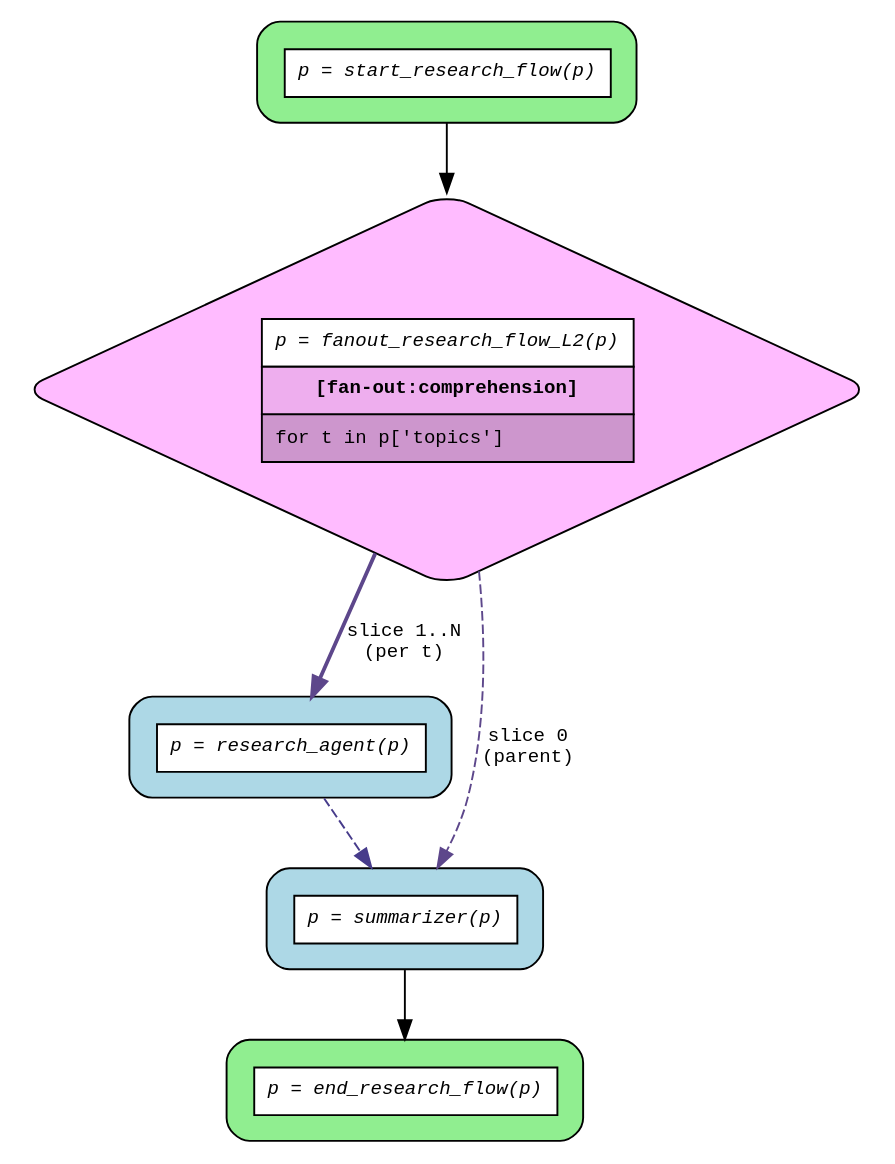
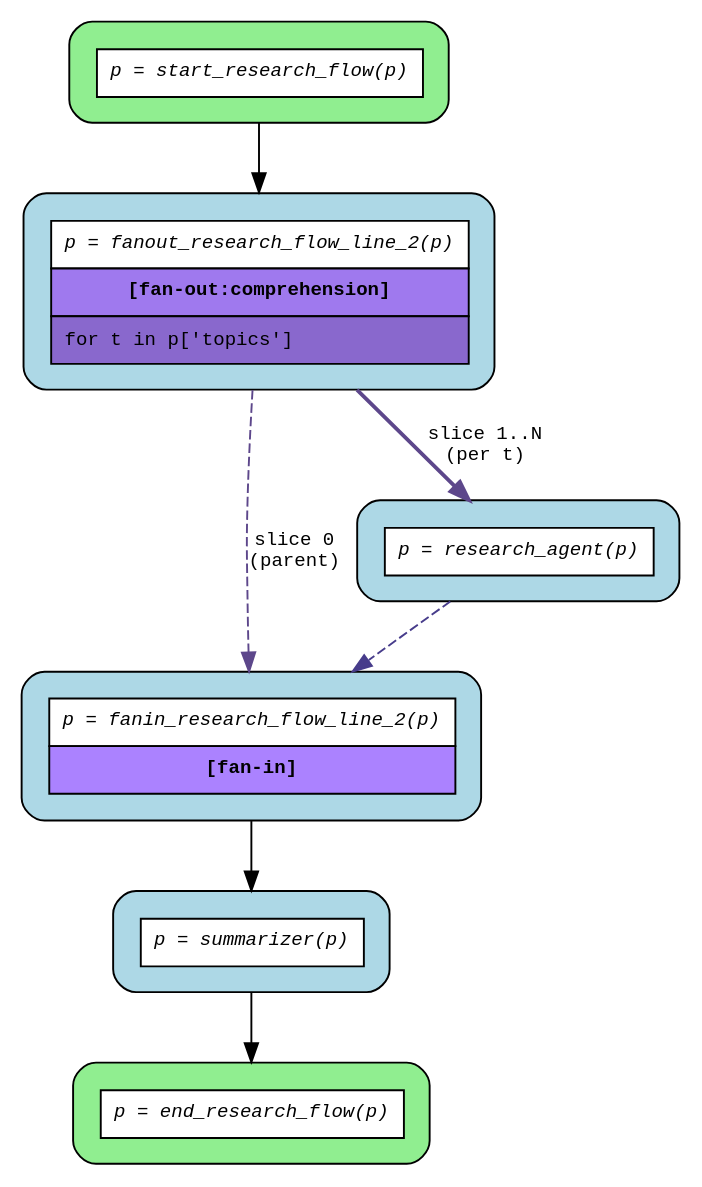
Before and after one commit to mrhillsman-enterprise-ai/asya: the diagram in src/asya-testing/asya_testing/flows/research_flow/compiled/flow.dot, drawn with Graphviz. The commit also changed 82 other files, not shown here.

```diff
--- a/src/asya-testing/asya_testing/flows/research_flow/compiled/flow.dot
+++ b/src/asya-testing/asya_testing/flows/research_flow/compiled/flow.dot
@@ -1,18 +1,20 @@
 digraph flow {
   rankdir=TB;
   graph [fontname="Courier", fontsize=10];
   node [fontname="Courier", fontsize=10, shape=box, style="filled,rounded", margin="0.2"];
   edge [fontname="Courier", fontsize=10];
 
   start_research_flow [fillcolor="lightgreen", label=<<table border="0" cellspacing="0" cellpadding="6" cellborder="1"><tr><td bgcolor="white" align="center"><i>p = start_research_flow(p)</i></td></tr></table>>];
-  fanout_research_flow_L2 [fillcolor="plum1", label=<<table border="0" cellspacing="0" cellpadding="6" cellborder="1"><tr><td bgcolor="white" align="center"><i>p = fanout_research_flow_L2(p)</i></td></tr><tr><td bgcolor="plum2" align="center"><b>[fan-out:comprehension]</b></td></tr><tr><td bgcolor="plum3" align="left">for t in p['topics']</td></tr></table>>, shape=diamond];
+  fanout_research_flow_line_2 [fillcolor="lightblue", label=<<table border="0" cellspacing="0" cellpadding="6" cellborder="1"><tr><td bgcolor="white" align="center"><i>p = fanout_research_flow_line_2(p)</i></td></tr><tr><td bgcolor="mediumpurple2" align="center"><b>[fan-out:comprehension]</b></td></tr><tr><td bgcolor="mediumpurple3" align="left">for t in p['topics']</td></tr></table>>];
   end_research_flow [fillcolor="lightgreen", label=<<table border="0" cellspacing="0" cellpadding="6" cellborder="1"><tr><td bgcolor="white" align="center"><i>p = end_research_flow(p)</i></td></tr></table>>];
+  fanin_research_flow_line_2 [fillcolor="lightblue", label=<<table border="0" cellspacing="0" cellpadding="6" cellborder="1"><tr><td bgcolor="white" align="center"><i>p = fanin_research_flow_line_2(p)</i></td></tr><tr><td bgcolor="mediumpurple1" align="center"><b>[fan-in]</b></td></tr></table>>];
   research_agent [fillcolor="lightblue", label=<<table border="0" cellspacing="0" cellpadding="6" cellborder="1"><tr><td bgcolor="white" align="center"><i>p = research_agent(p)</i></td></tr></table>>];
   summarizer [fillcolor="lightblue", label=<<table border="0" cellspacing="0" cellpadding="6" cellborder="1"><tr><td bgcolor="white" align="center"><i>p = summarizer(p)</i></td></tr></table>>];
 
-  fanout_research_flow_L2 -> research_agent [color=mediumpurple4, label="slice 1..N\n(per t)", style=bold];
-  fanout_research_flow_L2 -> summarizer [color=mediumpurple4, label="slice 0\n(parent)", style=dashed];
-  research_agent -> summarizer [color=slateblue4, style=dashed];
-  start_research_flow -> fanout_research_flow_L2;
+  fanin_research_flow_line_2 -> summarizer;
+  fanout_research_flow_line_2 -> fanin_research_flow_line_2 [color=mediumpurple4, label="slice 0\n(parent)", style=dashed];
+  fanout_research_flow_line_2 -> research_agent [color=mediumpurple4, label="slice 1..N\n(per t)", style=bold];
+  research_agent -> fanin_research_flow_line_2 [color=slateblue4, style=dashed];
+  start_research_flow -> fanout_research_flow_line_2;
   summarizer -> end_research_flow;
 }
```
